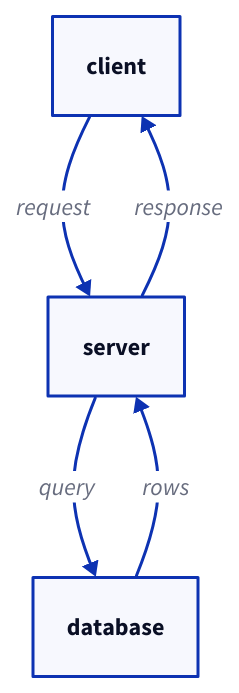
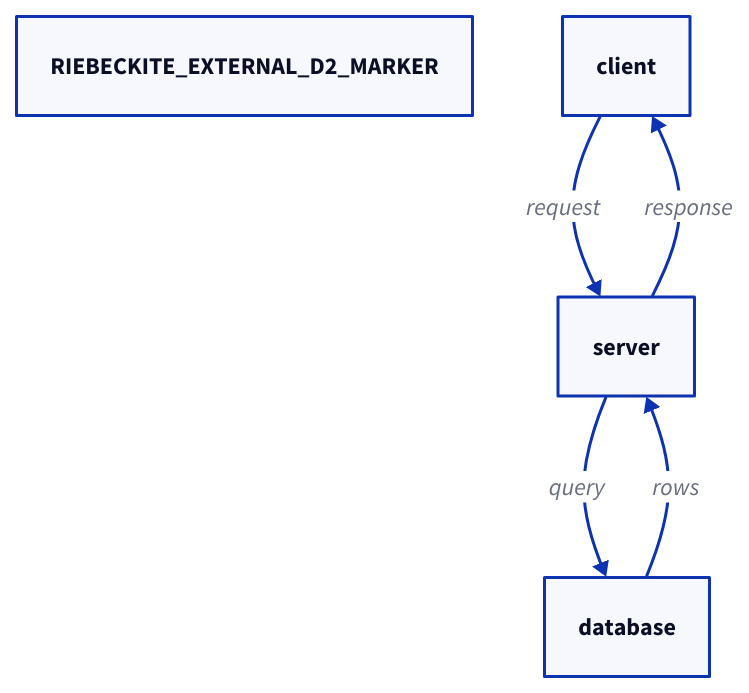
Before and after one commit to Rerurate514/riebeckite: the diagram in tests/external-site/fixture/vault/notes/d2-demo.md, drawn with D2. The commit also changed other lines of this file and 4 other files, not shown here.

Commit message:
refactor(d2): drop hardcoded external marker from figure output

````diff
--- a/tests/external-site/fixture/vault/notes/d2-demo.md
+++ b/tests/external-site/fixture/vault/notes/d2-demo.md
@@ -15,7 +13,8 @@
 ```d2
 # caption: External D2 fixture
+marker: RIEBECKITE_EXTERNAL_D2_MARKER
 client -> server: request
 server -> database: query
 database -> server: rows
 server -> client: response
 ```
````
